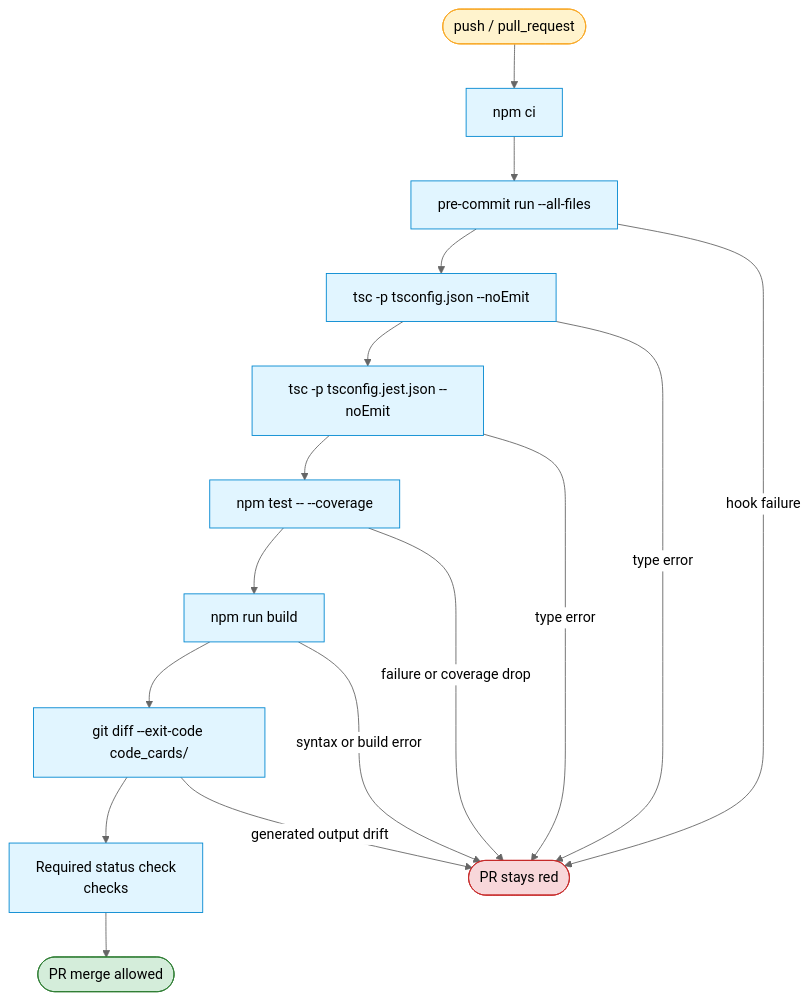
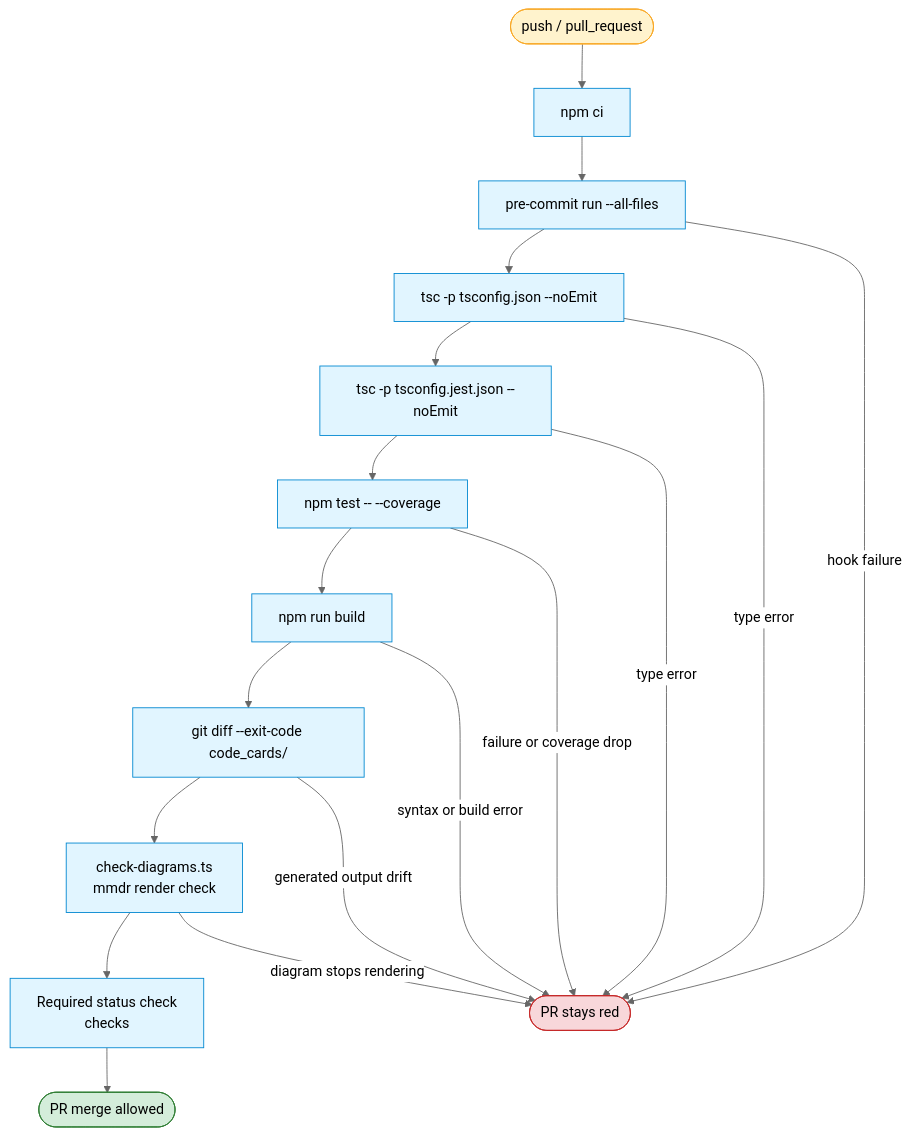
One commit to muhsinali/anki_templates changed the second of 2 diagrams in documentation/architecture-diagrams/07-test-and-ci.md. Above: the diagram before and after it, drawn with Mermaid (neutral theme). The commit also changed other lines of this file and 5 other files, not shown here.

First line of the commit message:
CI: render-check the architecture diagrams with mmdr

````diff
--- a/documentation/architecture-diagrams/07-test-and-ci.md
+++ b/documentation/architecture-diagrams/07-test-and-ci.md
@@ -84,44 +84,47 @@
 ```mermaid
 flowchart TB
     trigger(["push / pull_request"])
     install["npm ci"]
     precommit["pre-commit run --all-files"]
     typecheck_src["tsc -p tsconfig.json --noEmit"]
     typecheck_tests["tsc -p tsconfig.jest.json --noEmit"]
     tests["npm test -- --coverage"]
     build["npm run build"]
     drift["git diff --exit-code code_cards/"]
+    diagrams["check-diagrams.ts<br/>mmdr render check"]
     required_check["Required status check<br/>checks"]
     merge_allowed(["PR merge allowed"])
     red_status(["PR stays red"])
 
     %% Main CI path.
     trigger --> install
     install --> precommit
     precommit --> typecheck_src
     typecheck_src --> typecheck_tests
     typecheck_tests --> tests
     tests --> build
     build --> drift
-    drift --> required_check
+    drift --> diagrams
+    diagrams --> required_check
     required_check --> merge_allowed
 
     %% Any gate failure blocks the required check.
     precommit -->|hook failure| red_status
     typecheck_src -->|type error| red_status
     typecheck_tests -->|type error| red_status
     tests -->|failure or coverage drop| red_status
     build -->|syntax or build error| red_status
     drift -->|generated output drift| red_status
+    diagrams -->|diagram stops rendering| red_status
 
     classDef entry fill:#fff3cd,stroke:#f9a825,color:#000;
     classDef process fill:#e1f5ff,stroke:#0288d1,color:#000;
     classDef ok fill:#d4edda,stroke:#2e7d32,color:#000;
     classDef bad fill:#f8d7da,stroke:#c62828,color:#000;
 
     class trigger entry;
     class install,precommit,typecheck_src,typecheck_tests process;
-    class tests,build,drift,required_check process;
+    class tests,build,drift,diagrams,required_check process;
     class merge_allowed ok;
     class red_status bad;
 ```
````
